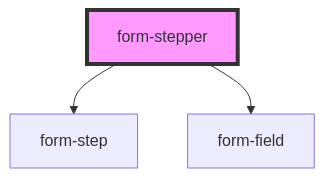
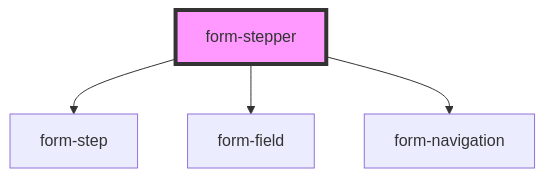
The diagram in src/components/form-stepper/readme.md (hillmanliming/StepperForm), drawn with Mermaid before and after one commit. The commit also changed other lines of this file and 8 other files, not shown here.

````diff
--- a/src/components/form-stepper/readme.md
+++ b/src/components/form-stepper/readme.md
@@ -16,6 +17,7 @@
 ```mermaid
 graph TD;
   form-stepper --> form-step
   form-stepper --> form-field
+  form-stepper --> form-navigation
   style form-stepper fill:#f9f,stroke:#333,stroke-width:4px
 ```
````
